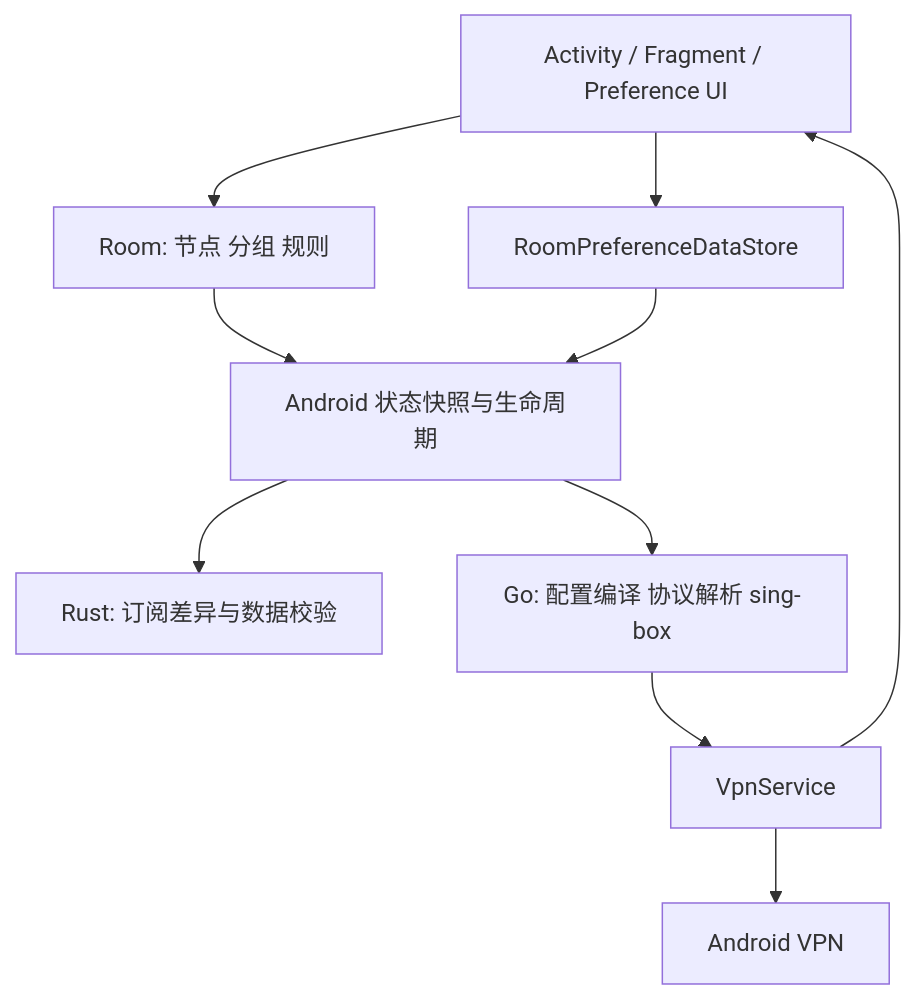
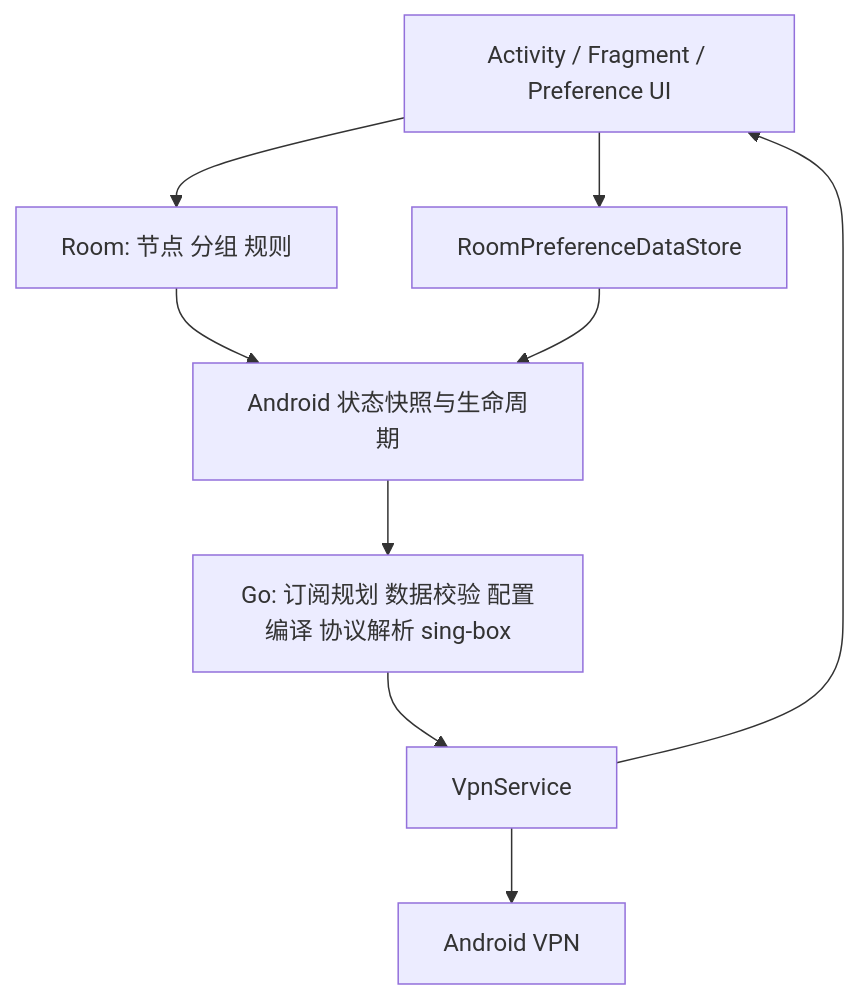
The second of 2 diagrams in docs/PRODUCT_AND_UI_STRUCTURE.md (killertop/NekoPilot-Android), drawn with Mermaid before and after one commit. The commit also changed other lines of this file and 53 other files, not shown here.

````diff
--- a/docs/PRODUCT_AND_UI_STRUCTURE.md
+++ b/docs/PRODUCT_AND_UI_STRUCTURE.md
@@ -55,21 +55,19 @@
 ```mermaid
 flowchart TD
     UI[Activity / Fragment / Preference UI]
     DB[Room: 节点 分组 规则]
     PREF[RoomPreferenceDataStore]
     KT[Android 状态快照与生命周期]
-    RUST[Rust: 订阅差异与数据校验]
-    GO[Go: 配置编译 协议解析 sing-box]
+    GO[Go: 订阅规划 数据校验 配置编译 协议解析 sing-box]
     SVC[VpnService]
     SYS[Android VPN]
 
     UI --> DB
     UI --> PREF
     DB --> KT
     PREF --> KT
-    KT --> RUST
     KT --> GO
     GO --> SVC
     SVC --> SYS
     SVC --> UI
 ```
````
